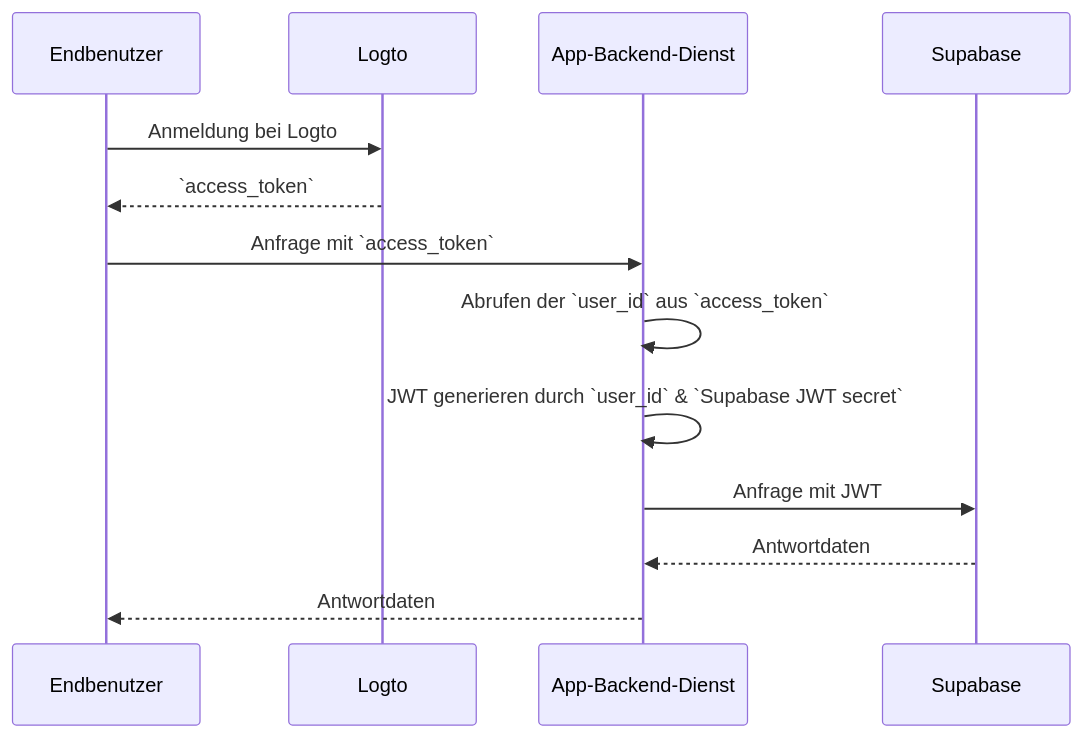
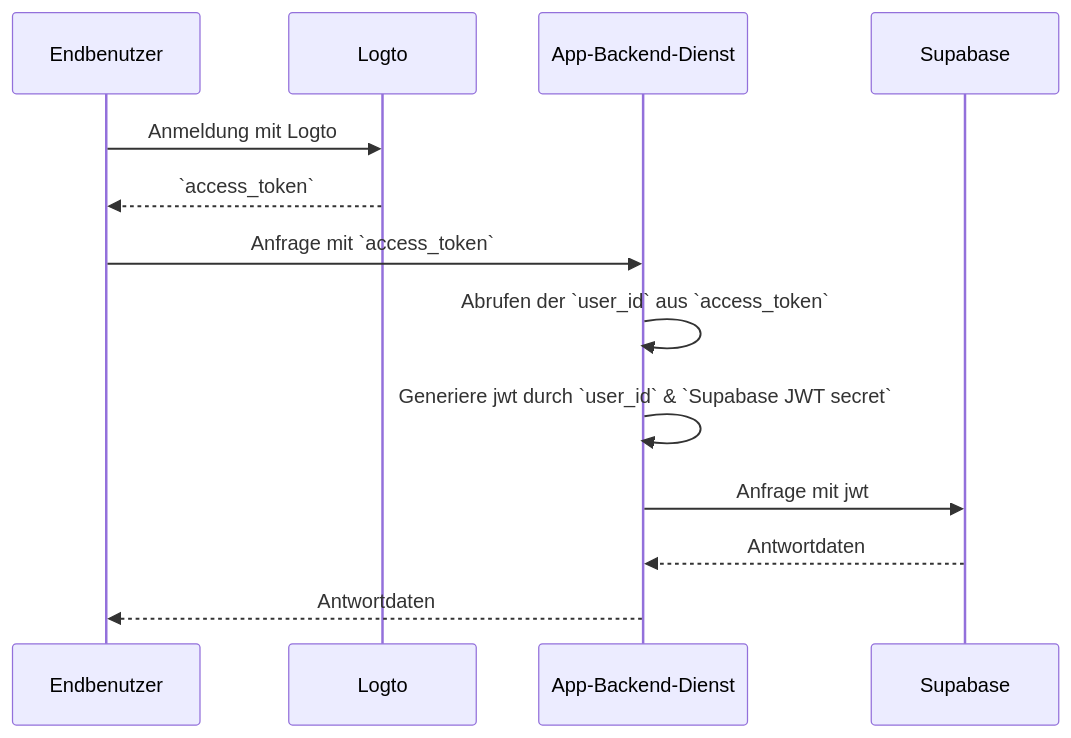
One commit to logto-io/docs changed the diagram in i18n/de/docusaurus-plugin-content-docs/current/quick-starts/database/supabase/README.mdx. Above: the diagram before and after it, drawn with Mermaid. The commit also changed other lines of this file and 2629 other files, not shown here.

````diff
--- a/i18n/de/docusaurus-plugin-content-docs/current/quick-starts/database/supabase/README.mdx
+++ b/i18n/de/docusaurus-plugin-content-docs/current/quick-starts/database/supabase/README.mdx
@@ -107,16 +113,16 @@
 ```mermaid
 sequenceDiagram
 	Participant U as Endbenutzer
 	Participant Logto
 	Participant B as App-Backend-Dienst
 	Participant Supabase
 
-	U->>Logto: Anmeldung bei Logto
+	U->>Logto: Anmeldung mit Logto
 	Logto-->>U: `access_token`
 	U->>B: Anfrage mit `access_token`
 	B->>B: Abrufen der `user_id` aus `access_token`
-	B->>B: JWT generieren durch `user_id` & `Supabase JWT secret`
-	B->>Supabase: Anfrage mit JWT
+	B->>B: Generiere jwt durch `user_id` & `Supabase JWT secret`
+	B->>Supabase: Anfrage mit jwt
 	Supabase-->>B: Antwortdaten
 	B-->>U: Antwortdaten
 ```
````
